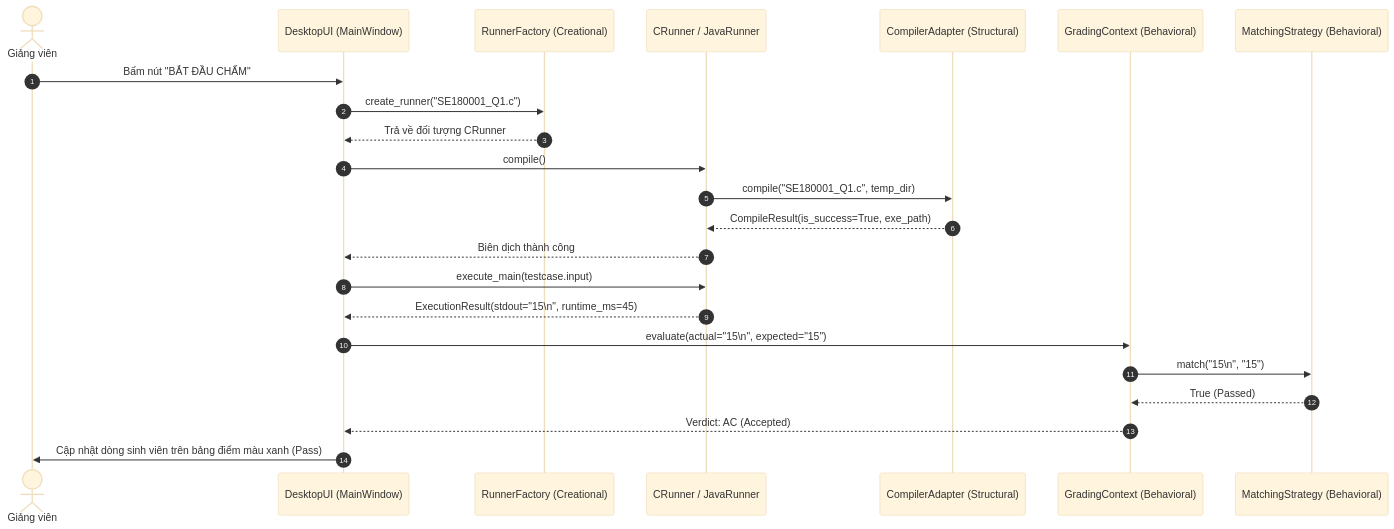
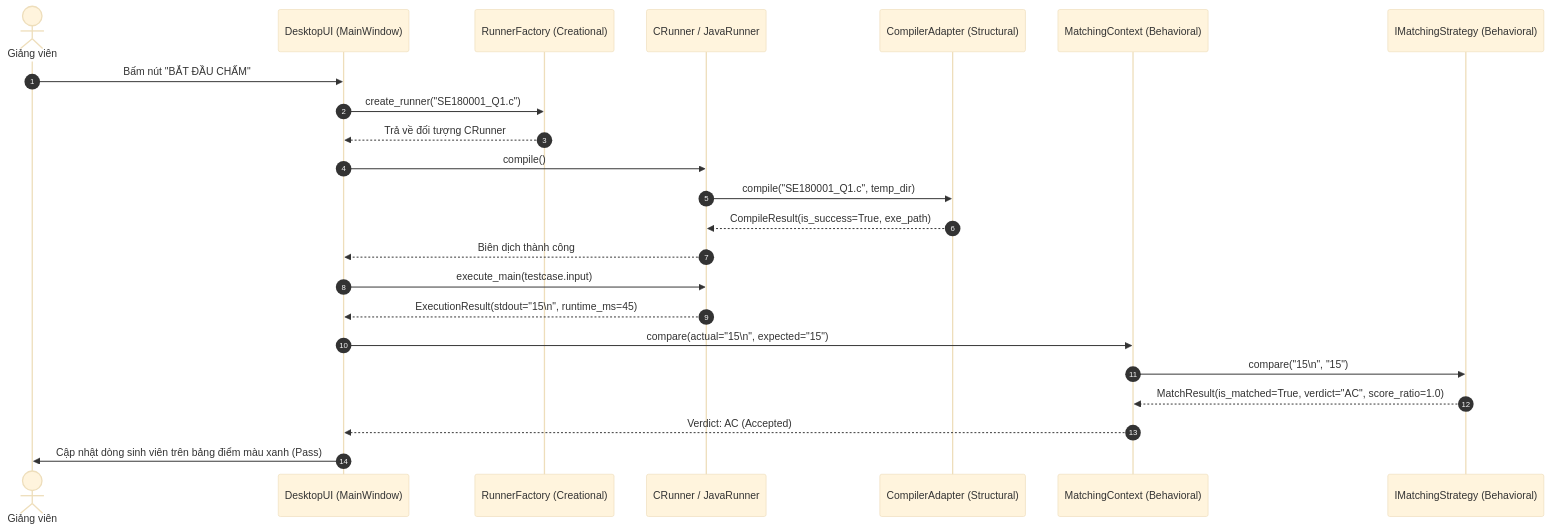
The diagram in docs/architecture/design-patterns.md (gray8493/iata_project), drawn with Mermaid (base theme) before and after one commit. The commit also changed other lines of this file and 6 other files, not shown here.

Commit message:
feat: add desktop client UI theme, main window, and related architectural documentation and unit test cases

````diff
--- a/docs/architecture/design-patterns.md
+++ b/docs/architecture/design-patterns.md
@@ -414,29 +454,29 @@
 ```mermaid
 sequenceDiagram
     autonumber
     actor Instructor as Giảng viên
     participant UI as DesktopUI (MainWindow)
     participant Factory as RunnerFactory (Creational)
     participant Runner as CRunner / JavaRunner
     participant Adapter as CompilerAdapter (Structural)
-    participant Context as GradingContext (Behavioral)
-    participant Strategy as MatchingStrategy (Behavioral)
+    participant Context as MatchingContext (Behavioral)
+    participant Strategy as IMatchingStrategy (Behavioral)
 
     Instructor->>UI: Bấm nút "BẮT ĐẦU CHẤM"
     UI->>Factory: create_runner("SE180001_Q1.c")
     Factory-->>UI: Trả về đối tượng CRunner
     
     UI->>Runner: compile()
     Runner->>Adapter: compile("SE180001_Q1.c", temp_dir)
     Adapter-->>Runner: CompileResult(is_success=True, exe_path)
     Runner-->>UI: Biên dịch thành công
     
     UI->>Runner: execute_main(testcase.input)
     Runner-->>UI: ExecutionResult(stdout="15\n", runtime_ms=45)
     
-    UI->>Context: evaluate(actual="15\n", expected="15")
-    Context->>Strategy: match("15\n", "15")
-    Strategy-->>Context: True (Passed)
+    UI->>Context: compare(actual="15\n", expected="15")
+    Context->>Strategy: compare("15\n", "15")
+    Strategy-->>Context: MatchResult(is_matched=True, verdict="AC", score_ratio=1.0)
     Context-->>UI: Verdict: AC (Accepted)
     UI->>Instructor: Cập nhật dòng sinh viên trên bảng điểm màu xanh (Pass)
 ```
````
